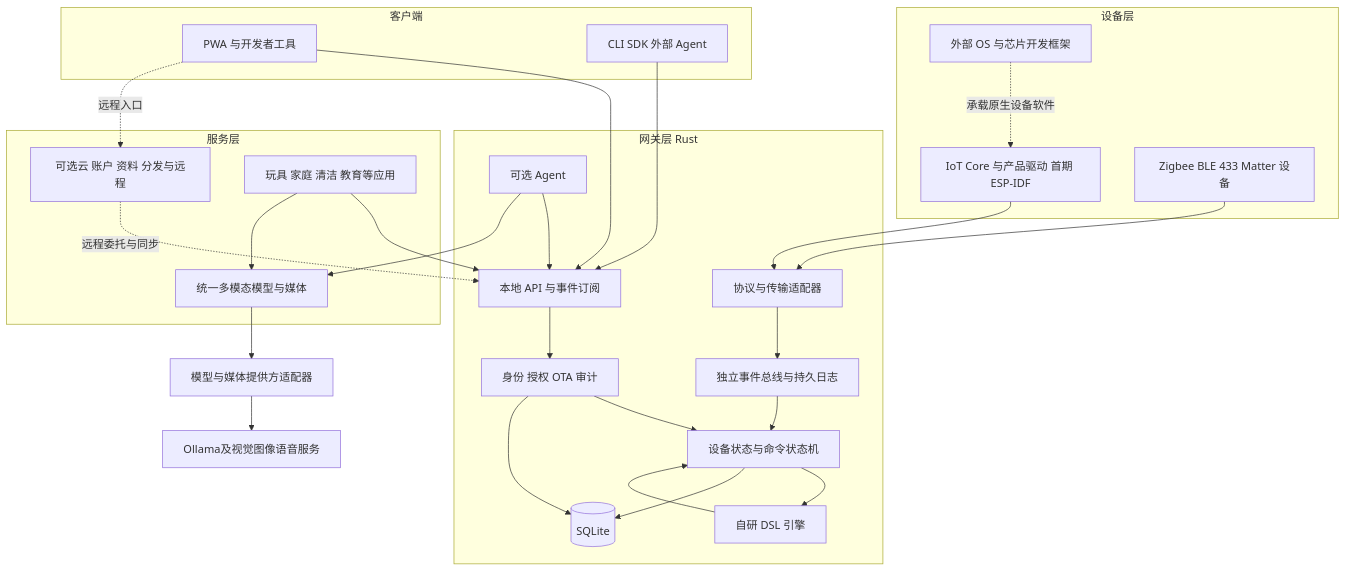
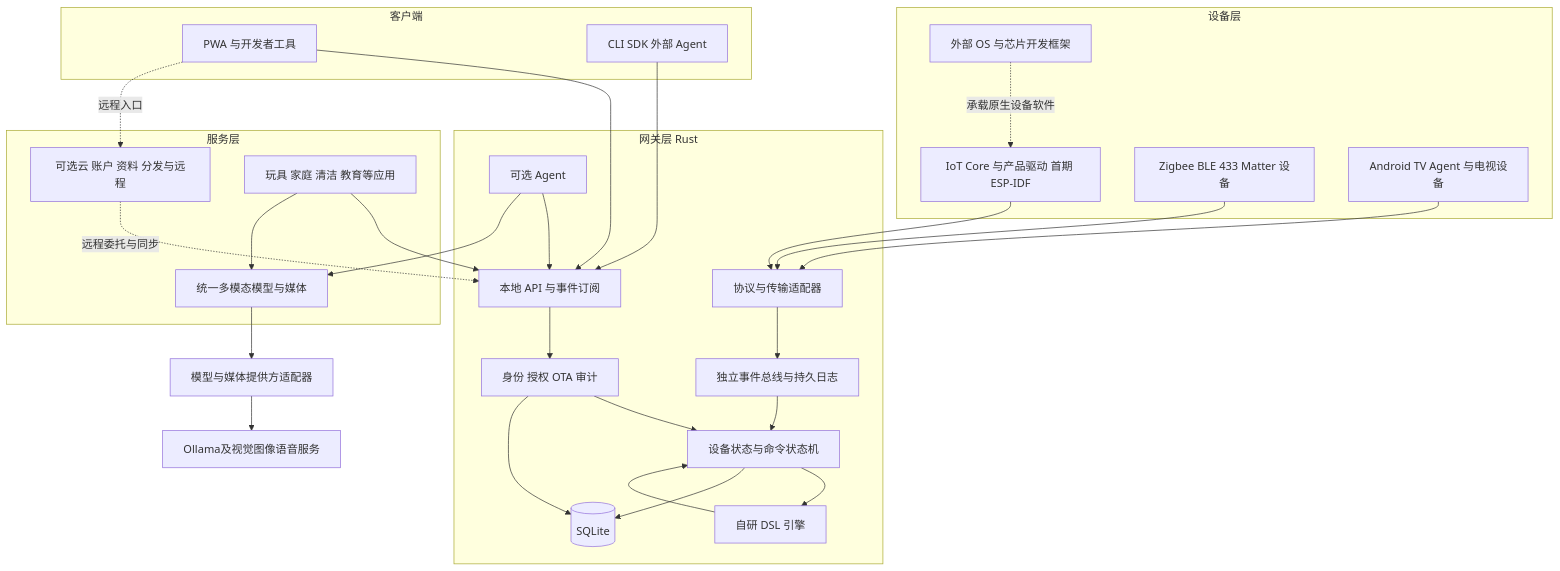
One commit to limecloud/iot changed the diagram in docs/03-总体技术架构.md. Above: the diagram before and after it, drawn with Mermaid. The commit also changed other lines of this file and 550 other files, not shown here.

````diff
--- a/docs/03-总体技术架构.md
+++ b/docs/03-总体技术架构.md
@@ -29,44 +35,46 @@
 ```mermaid
 flowchart TB
   subgraph D[设备层]
     N[IoT Core 与产品驱动 首期 ESP-IDF]
     H[Zigbee BLE 433 Matter 设备]
+    TV[Android TV Agent 与电视设备]
     OS[外部 OS 与芯片开发框架]
     OS -.承载原生设备软件.-> N
   end
   subgraph G[网关层 Rust]
     A[协议与传输适配器]
     B[独立事件总线与持久日志]
     S[设备状态与命令状态机]
     R[自研 DSL 引擎]
     I[身份 授权 OTA 审计]
     API[本地 API 与事件订阅]
     AG[可选 Agent]
     DB[(SQLite)]
     A --> B --> S
     S --> R --> S
     API --> I --> S
     S --> DB
     I --> DB
     AG --> API
   end
   subgraph C[服务层]
     CP[可选云 账户 资料 分发与远程]
     MS[统一多模态模型与媒体]
     AS[玩具 家庭 清洁 教育等应用]
   end
   subgraph U[客户端]
     WEB[PWA 与开发者工具]
     CLI[CLI SDK 外部 Agent]
   end
   N --> A
   H --> A
+  TV --> A
   WEB --> API
   CLI --> API
   CP -.远程委托与同步.-> API
   WEB -.远程入口.-> CP
   AG --> MS
   AS --> API
   AS --> MS
   MS --> PA[模型与媒体提供方适配器] --> L[Ollama及视觉图像语音服务]
 ```
````
